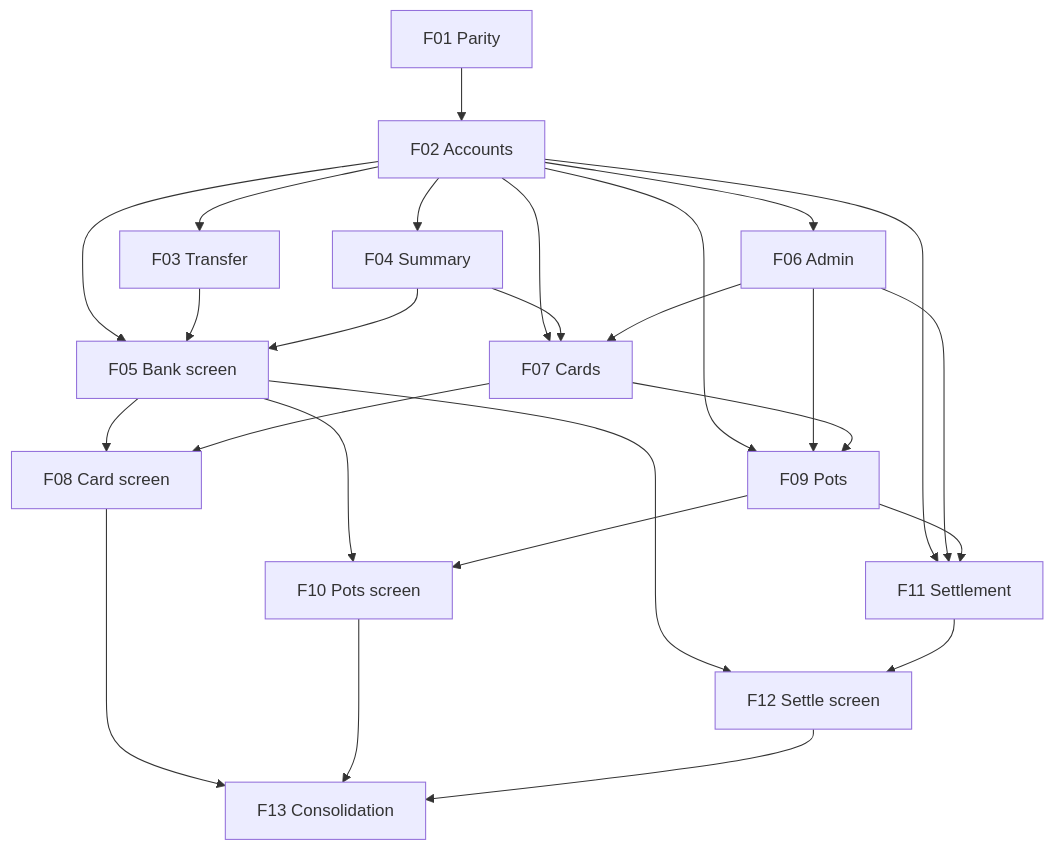
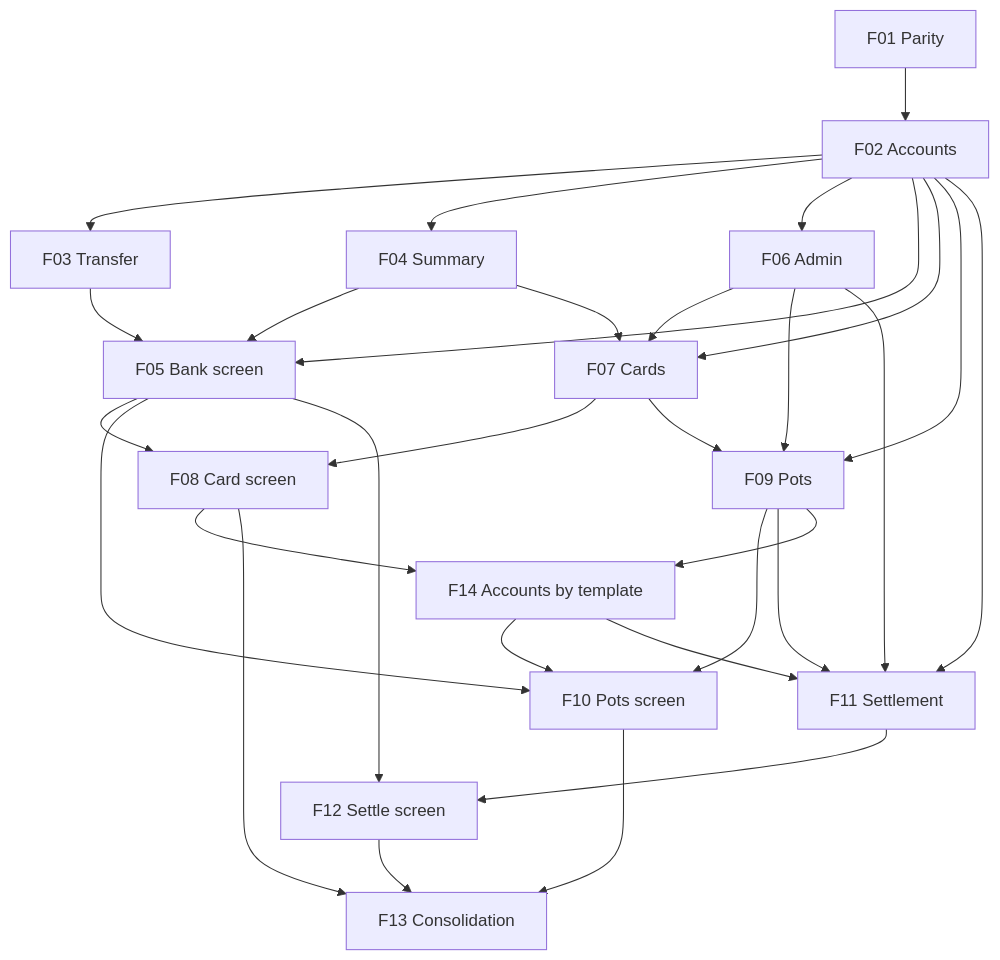
Before and after one commit to ggibellato/Financial: the diagram in docs/prd/P60-prd-cashflow-accounts-generalization/prd-cashflow-accounts-generalization.md, drawn with Mermaid. The commit also changed other lines of this file, not shown here.

First line of the commit message:
docs(P60-F14): add the Accounts page by template and card totals feature

````diff
--- a/docs/prd/P60-prd-cashflow-accounts-generalization/prd-cashflow-accounts-generalization.md
+++ b/docs/prd/P60-prd-cashflow-accounts-generalization/prd-cashflow-accounts-generalization.md
@@ -664,28 +704,32 @@
 ```mermaid
 graph TD
   F01[F01 Parity] --> F02[F02 Accounts]
   F02 --> F03[F03 Transfer]
   F02 --> F04[F04 Summary]
   F02 --> F06[F06 Admin]
   F02 --> F05[F05 Bank screen]
   F03 --> F05
   F04 --> F05
   F02 --> F07[F07 Cards]
   F04 --> F07
   F06 --> F07
   F05 --> F08[F08 Card screen]
   F07 --> F08
   F02 --> F09[F09 Pots]
   F06 --> F09
   F07 --> F09
   F05 --> F10[F10 Pots screen]
   F09 --> F10
   F02 --> F11[F11 Settlement]
   F06 --> F11
   F09 --> F11
   F05 --> F12[F12 Settle screen]
   F11 --> F12
+  F08 --> F14[F14 Accounts by template]
+  F09 --> F14
+  F14 --> F10
+  F14 --> F11
   F08 --> F13[F13 Consolidation]
   F10 --> F13
   F12 --> F13
 ```
````
